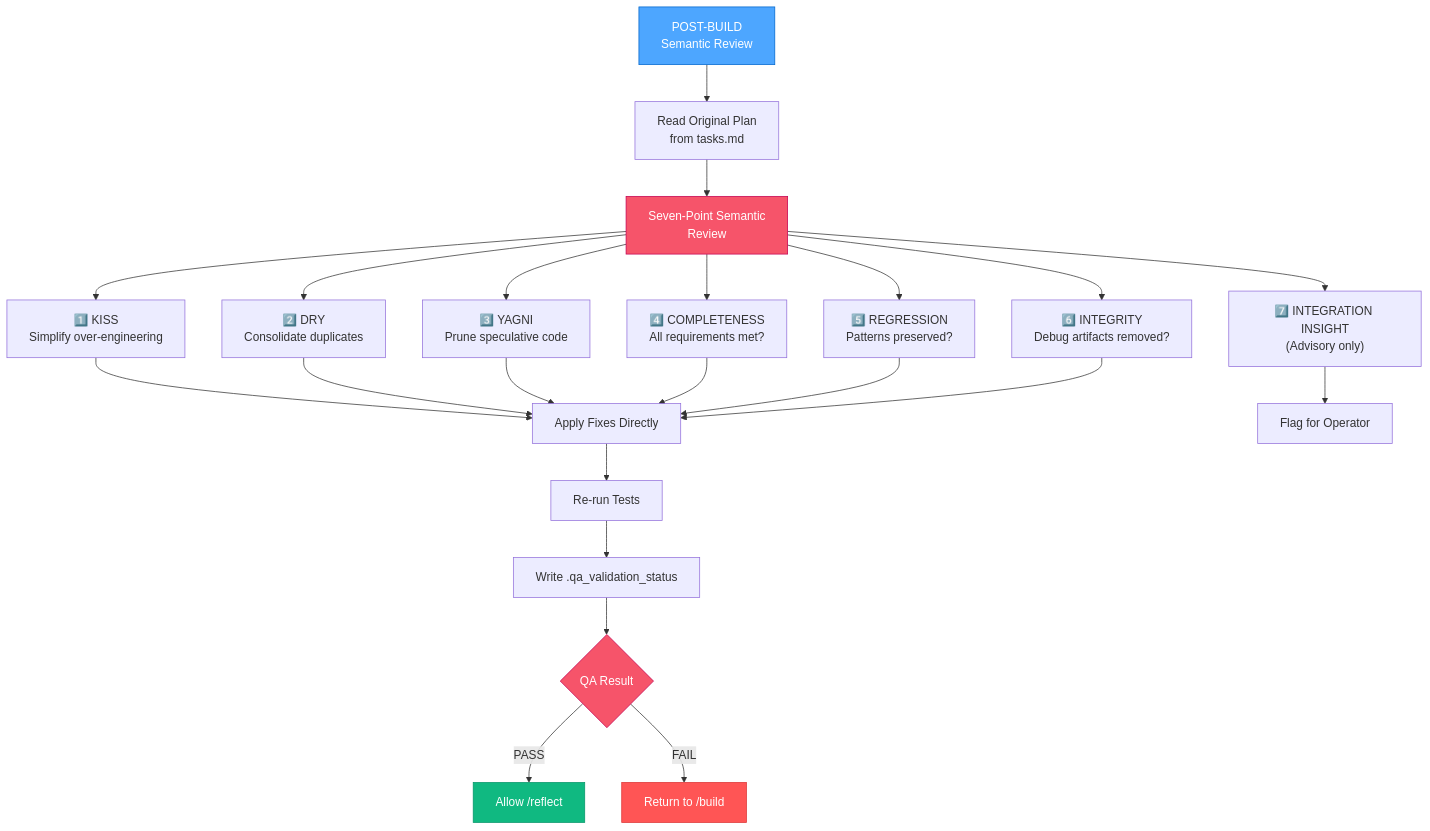
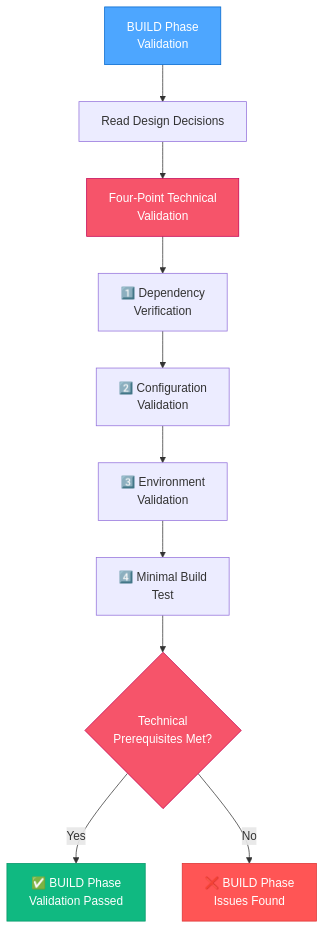
Before and after one commit to Texarkanine/.cursor-rules: the ninth of 10 diagrams in rulesets/niko/niko/visual-maps/qa-mode-map.mdc, drawn with Mermaid. The commit also changed other lines of this file and 30 other files, not shown here.

````diff
--- a/rulesets/niko/niko/visual-maps/qa-mode-map.mdc
+++ b/rulesets/niko/niko/visual-maps/qa-mode-map.mdc
@@ -216,28 +215,20 @@
 ```mermaid
 graph TD
-    POSTBUILD["POST-BUILD<br>Semantic Review"] --> ReadPlan["Read Original Plan<br>from tasks.md"]
-    ReadPlan --> SevenChecks["Seven-Point Semantic<br>Review"]
-
-    SevenChecks --> KISS["1️⃣ KISS<br>Simplify over-engineering"]
-    SevenChecks --> DRY["2️⃣ DRY<br>Consolidate duplicates"]
-    SevenChecks --> YAGNI["3️⃣ YAGNI<br>Prune speculative code"]
-    SevenChecks --> Complete["4️⃣ COMPLETENESS<br>All requirements met?"]
-    SevenChecks --> Regression["5️⃣ REGRESSION<br>Patterns preserved?"]
-    SevenChecks --> Integrity["6️⃣ INTEGRITY<br>Debug artifacts removed?"]
-    SevenChecks --> Integration["7️⃣ INTEGRATION INSIGHT<br>(Advisory only)"]
-
-    KISS & DRY & YAGNI & Complete & Regression & Integrity --> ApplyFixes["Apply Fixes Directly"]
-    ApplyFixes --> ReTest["Re-run Tests"]
-    Integration --> Advisory["Flag for Operator"]
-    ReTest --> WriteStatus["Write .qa_validation_status"]
-
-    WriteStatus --> QAResult{"QA Result"}
-    QAResult -->|"PASS"| AllowReflect["Allow /reflect"]
-    QAResult -->|"FAIL"| ReturnBuild["Return to /build"]
-
-    style POSTBUILD fill:#4da6ff,stroke:#0066cc,color:white
-    style SevenChecks fill:#f6546a,stroke:#c30052,color:white
-    style QAResult fill:#f6546a,stroke:#c30052,color:white
-    style AllowReflect fill:#10b981,stroke:#059669,color:white
-    style ReturnBuild fill:#ff5555,stroke:#dd3333,color:white
+    BUILD["BUILD Phase<br>Validation"] --> ReadDesign["Read Design Decisions"]
+    ReadDesign --> FourChecks["Four-Point Technical<br>Validation"]
+    
+    FourChecks --> DepCheck["1️⃣ Dependency<br>Verification"]
+    DepCheck --> ConfigCheck["2️⃣ Configuration<br>Validation"]
+    ConfigCheck --> EnvCheck["3️⃣ Environment<br>Validation"]
+    EnvCheck --> MinBuildCheck["4️⃣ Minimal Build<br>Test"]
+    
+    MinBuildCheck --> BUILDConsistency{"Technical<br>Prerequisites Met?"}
+    BUILDConsistency -->|"Yes"| PassBUILD["✅ BUILD Phase<br>Validation Passed"]
+    BUILDConsistency -->|"No"| FailBUILD["❌ BUILD Phase<br>Issues Found"]
+    
+    style BUILD fill:#4da6ff,stroke:#0066cc,color:white
+    style FourChecks fill:#f6546a,stroke:#c30052,color:white
+    style BUILDConsistency fill:#f6546a,stroke:#c30052,color:white
+    style PassBUILD fill:#10b981,stroke:#059669,color:white
+    style FailBUILD fill:#ff5555,stroke:#dd3333,color:white
 ```
````
